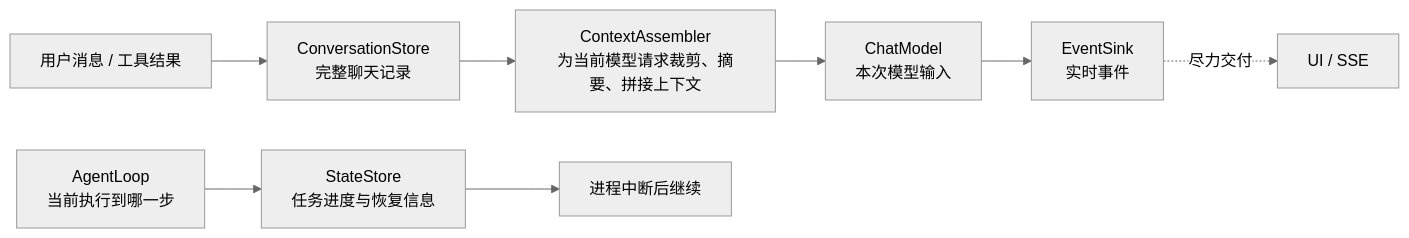
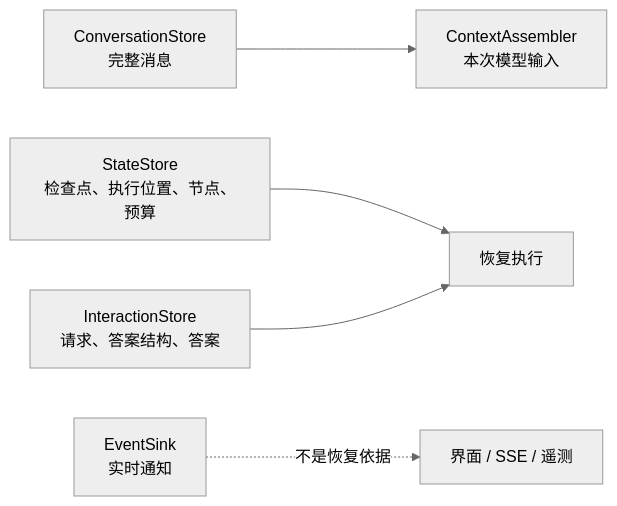
Diagram 12 of 18 in docs/architecture.md (Penglai-Link/eliteforge-agent-framework), drawn with Mermaid (neutral theme) before and after one commit. The commit also changed other lines of this file and 23 other files, not shown here.

````diff
--- a/docs/architecture.md
+++ b/docs/architecture.md
@@ -286,13 +433,7 @@
 ```mermaid
 flowchart LR
-    Input[用户消息 / 工具结果]
-    Input --> Conversation[ConversationStore\n完整聊天记录]
-    Conversation --> Context[ContextAssembler\n为当前模型请求裁剪、摘要、拼接上下文]
-    Context --> Model[ChatModel\n本次模型输入]
-
-    Loop[AgentLoop\n当前执行到哪一步] --> State[StateStore\n任务进度与恢复信息]
-    State --> Resume[进程中断后继续]
-
-    Model --> Live[EventSink\n实时事件]
-    Live -.尽力交付.-> UI[UI / SSE]
+    Conversation[ConversationStore<br/>完整消息] --> Context[ContextAssembler<br/>本次模型输入]
+    State[StateStore<br/>检查点、执行位置、节点、预算] --> Resume[恢复执行]
+    Interaction[InteractionStore<br/>请求、答案结构、答案] --> Resume
+    Event[EventSink<br/>实时通知] -. 不是恢复依据 .-> UI[界面 / SSE / 遥测]
 ```
````
